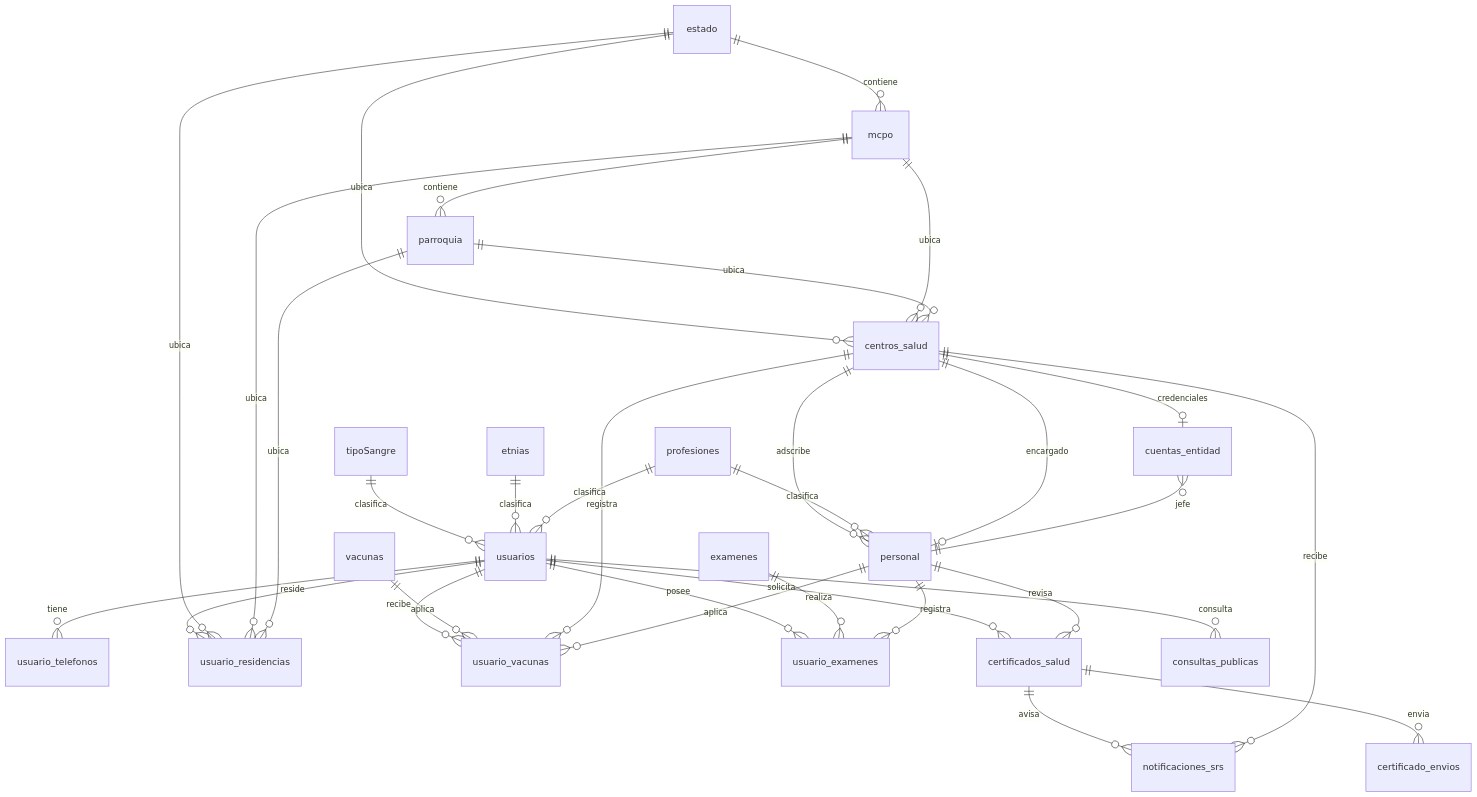
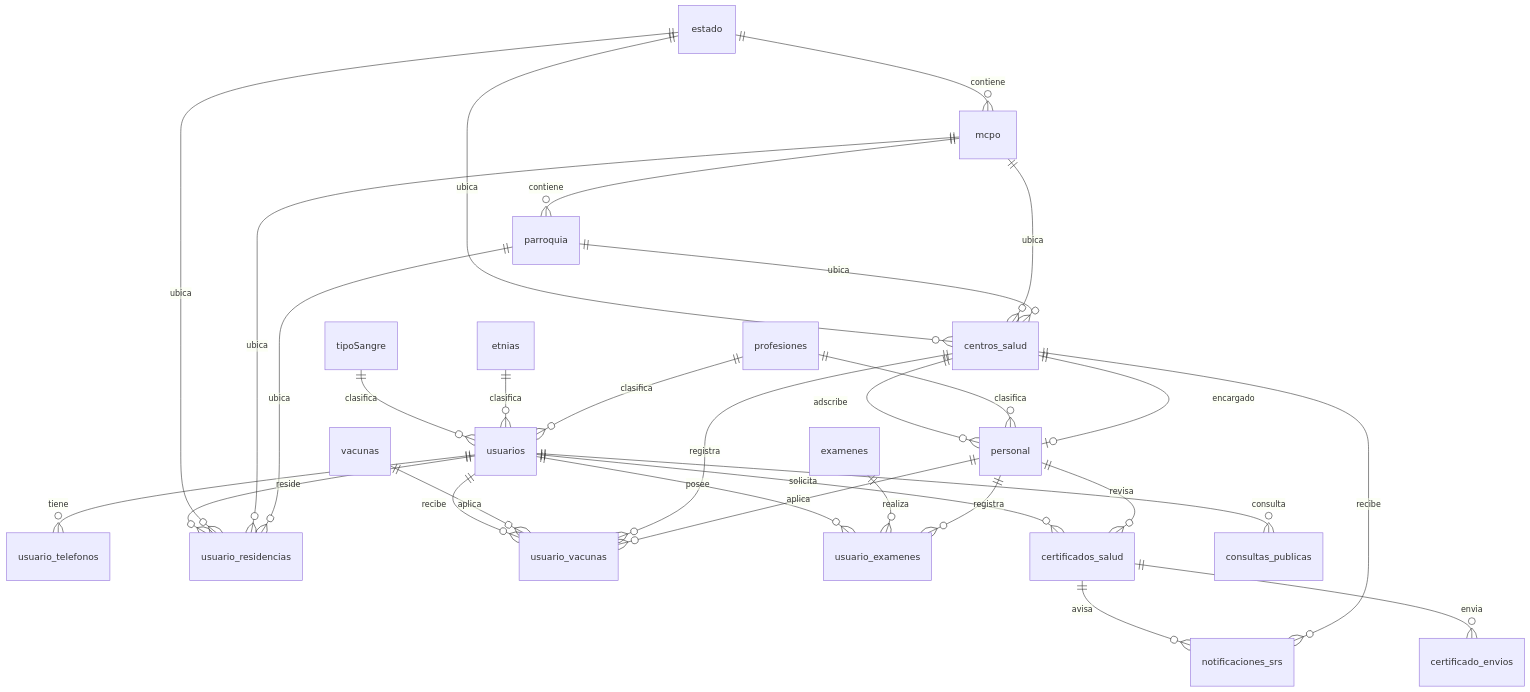
One commit to svengeance07/VIHpositivoXD changed the first of 2 diagrams in docs/diseno/modelo-datos.md. Above: the diagram before and after it, drawn with Mermaid. The commit also changed other lines of this file and 54 other files, not shown here.

````diff
--- a/docs/diseno/modelo-datos.md
+++ b/docs/diseno/modelo-datos.md
@@ -78,43 +79,40 @@
 ```mermaid
 erDiagram
     estado ||--o{ mcpo : contiene
     mcpo ||--o{ parroquia : contiene
 
     estado ||--o{ centros_salud : ubica
     mcpo ||--o{ centros_salud : ubica
     parroquia ||--o{ centros_salud : ubica
 
     centros_salud ||--o{ personal : adscribe
     profesiones ||--o{ personal : clasifica
     centros_salud ||--o| personal : encargado
-
-    centros_salud ||--o| cuentas_entidad : credenciales
-    cuentas_entidad }o--|| personal : jefe
 
     tipoSangre ||--o{ usuarios : clasifica
     etnias ||--o{ usuarios : clasifica
     profesiones ||--o{ usuarios : clasifica
 
     usuarios ||--o{ usuario_telefonos : tiene
     usuarios ||--o{ usuario_residencias : reside
 
     estado ||--o{ usuario_residencias : ubica
     mcpo ||--o{ usuario_residencias : ubica
     parroquia ||--o{ usuario_residencias : ubica
 
     usuarios ||--o{ usuario_vacunas : recibe
     vacunas ||--o{ usuario_vacunas : aplica
     centros_salud ||--o{ usuario_vacunas : registra
     personal ||--o{ usuario_vacunas : aplica
 
     usuarios ||--o{ usuario_examenes : posee
     examenes ||--o{ usuario_examenes : realiza
     personal ||--o{ usuario_examenes : registra
 
     usuarios ||--o{ certificados_salud : solicita
     personal ||--o{ certificados_salud : revisa
     certificados_salud ||--o{ notificaciones_srs : avisa
     centros_salud ||--o{ notificaciones_srs : recibe
     certificados_salud ||--o{ certificado_envios : envia
     usuarios ||--o{ consultas_publicas : consulta
 ```
````
